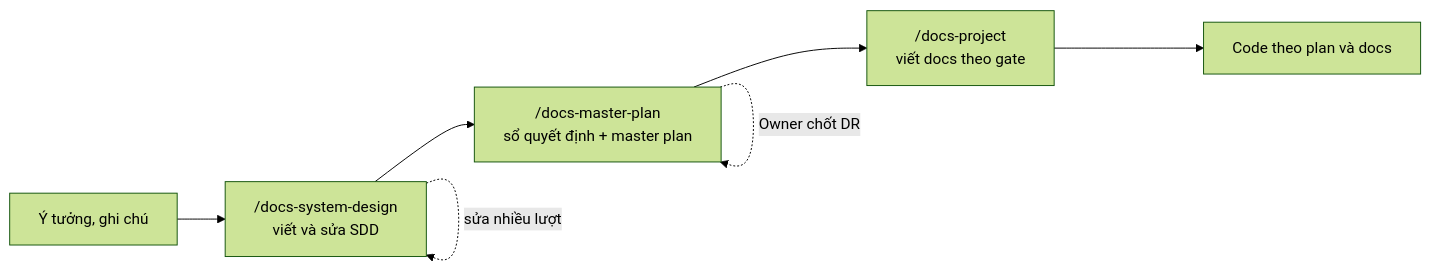
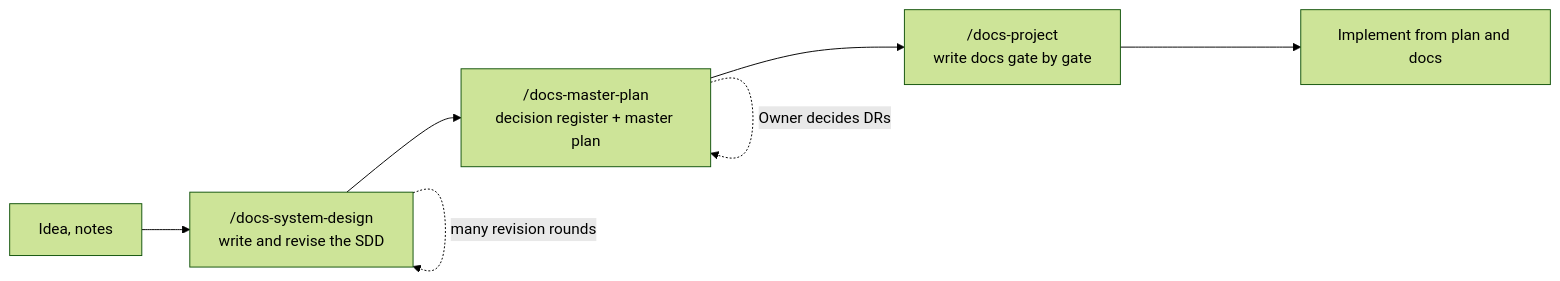
One commit to ninggiangboy/design-docs-skills changed the diagram in README.md. Above: the diagram before and after it, drawn with Mermaid (forest theme). The commit also changed other lines of this file and 52 other files, not shown here.

````diff
--- a/README.md
+++ b/README.md
@@ -7,9 +5,9 @@
 ```mermaid
 flowchart LR
-    I["Ý tưởng, ghi chú"] --> S["/docs-system-design<br/>viết và sửa SDD"]
-    S --> P["/docs-master-plan<br/>sổ quyết định + master plan"]
-    P --> D["/docs-project<br/>viết docs theo gate"]
-    D --> C["Code theo plan và docs"]
-    S -. "sửa nhiều lượt" .-> S
-    P -. "Owner chốt DR" .-> P
+    I["Idea, notes"] --> S["/docs-system-design<br/>write and revise the SDD"]
+    S --> P["/docs-master-plan<br/>decision register + master plan"]
+    P --> D["/docs-project<br/>write docs gate by gate"]
+    D --> C["Implement from plan and docs"]
+    S -. "many revision rounds" .-> S
+    P -. "Owner decides DRs" .-> P
 ```
````
